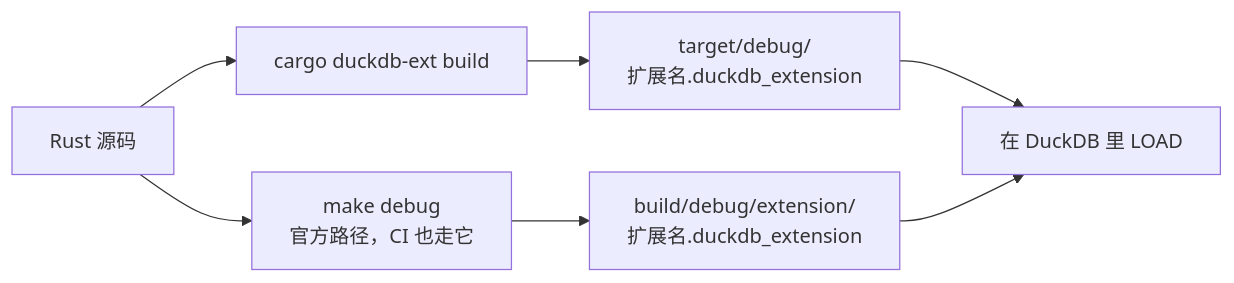
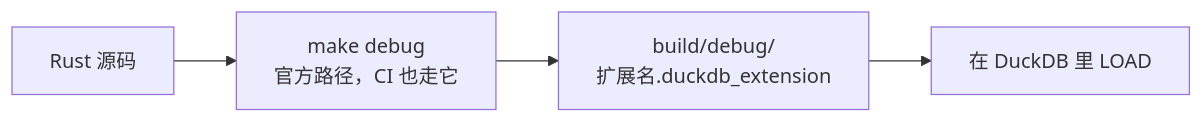
The first of 2 diagrams in docs/i18n/zh-Hans/docusaurus-plugin-content-docs/current/build-and-release.md (shijianjs/duckfn-kuva), drawn with Mermaid before and after one commit. The commit also changed other lines of this file and 15 other files, not shown here.

````diff
--- a/docs/i18n/zh-Hans/docusaurus-plugin-content-docs/current/build-and-release.md
+++ b/docs/i18n/zh-Hans/docusaurus-plugin-content-docs/current/build-and-release.md
@@ -24,9 +21,6 @@
 ```mermaid
 flowchart LR
-    src["Rust 源码"] --> cargo["cargo duckdb-ext build"]
-    src --> make["make debug<br/>官方路径，CI 也走它"]
-    cargo --> out1["target/debug/<br/>扩展名.duckdb_extension"]
-    make --> out2["build/debug/extension/<br/>扩展名.duckdb_extension"]
-    out1 --> load["在 DuckDB 里 LOAD"]
-    out2 --> load
+    src["Rust 源码"] --> make["make debug<br/>官方路径，CI 也走它"]
+    make --> out["build/debug/<br/>扩展名.duckdb_extension"]
+    out --> load["在 DuckDB 里 LOAD"]
 ```
````
